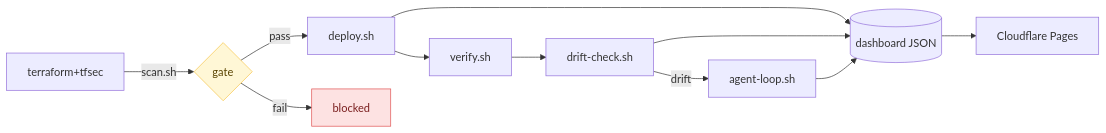
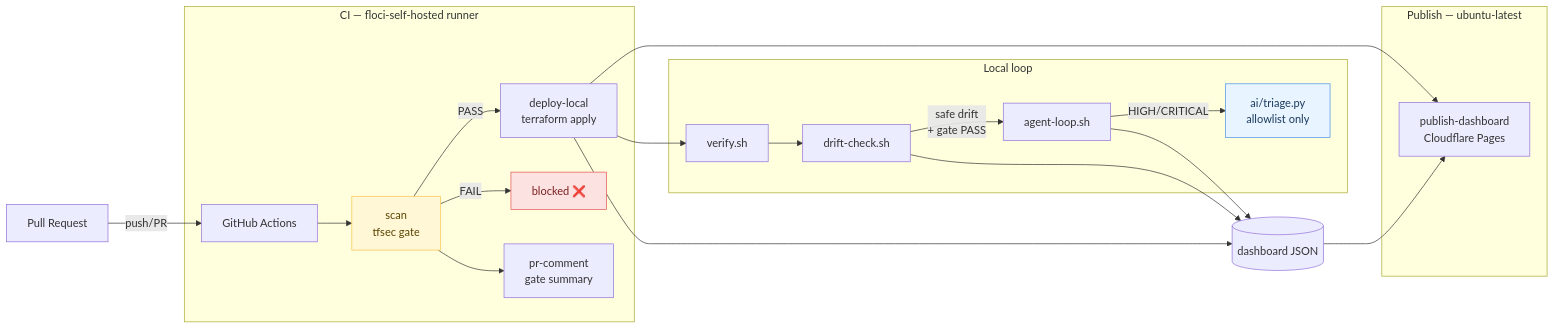
The diagram in README.md (arifbazli/shift-left-cloud-sandbox), drawn with Mermaid before and after one commit. The commit also changed other lines of this file and 1 other file, not shown here.

First line of the commit message:
feat(phase3): runner setup script + README v3

````diff
--- a/README.md
+++ b/README.md
@@ -44,13 +45,31 @@
 ```mermaid
 flowchart LR
-    A[terraform+tfsec] -->|scan.sh| B{gate}
-    B -->|pass| C[deploy.sh] --> D[verify.sh] --> E[drift-check.sh]
-    B -->|fail| X[blocked]
-    E -->|drift| F[agent-loop.sh]
-    C --> G[(dashboard JSON)]
-    E --> G
-    F --> G
-    G --> H[Cloudflare Pages]
-    style X fill:#fde2e2,stroke:#e05252,color:#7a1f1f
-    style B fill:#fff7d6,stroke:#f6c54b,color:#5a4400
+    PR[Pull Request] -->|push/PR| GH[GitHub Actions]
+
+    subgraph CI ["CI — floci-self-hosted runner"]
+        GH --> SCAN[scan\ntfsec gate]
+        SCAN -->|PASS| DEPLOY[deploy-local\nterraform apply]
+        SCAN -->|FAIL| BLOCK[blocked ❌]
+        SCAN --> COMMENT[pr-comment\ngate summary]
+    end
+
+    subgraph PUB ["Publish — ubuntu-latest"]
+        DEPLOY --> PAGES[publish-dashboard\nCloudflare Pages]
+    end
+
+    subgraph LOCAL ["Local loop"]
+        DEPLOY --> VERIFY[verify.sh]
+        VERIFY --> DRIFT[drift-check.sh]
+        DRIFT -->|safe drift\n+ gate PASS| AGENT[agent-loop.sh]
+        AGENT -->|HIGH/CRITICAL| TRIAGE[ai/triage.py\nallowlist only]
+    end
+
+    DEPLOY --> DASH[(dashboard JSON)]
+    DRIFT  --> DASH
+    AGENT  --> DASH
+    DASH   --> PAGES
+
+    style BLOCK fill:#fde2e2,stroke:#e05252,color:#7a1f1f
+    style SCAN fill:#fff7d6,stroke:#f6c54b,color:#5a4400
+    style TRIAGE fill:#e8f4ff,stroke:#4a90e2,color:#1a3a5c
 ```
````
